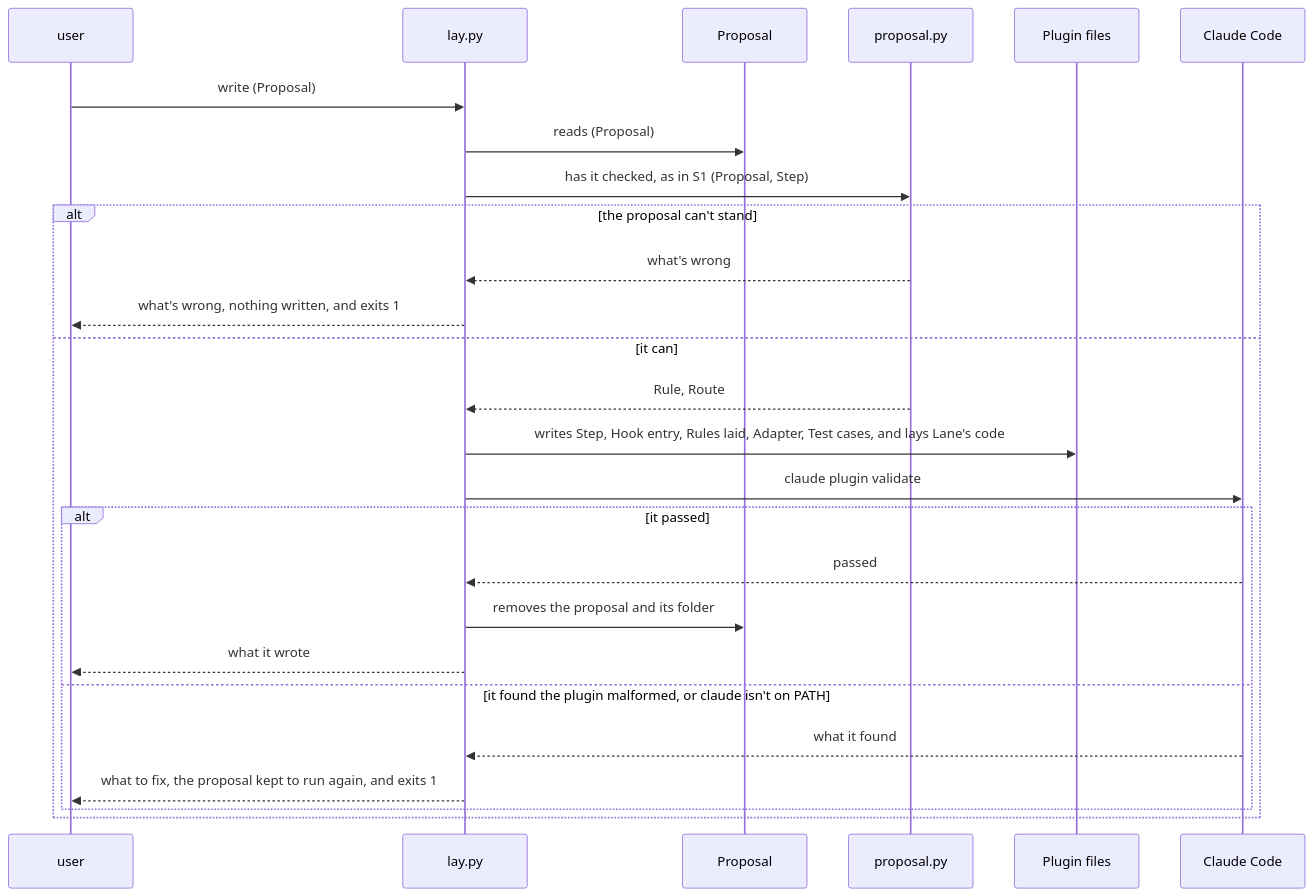
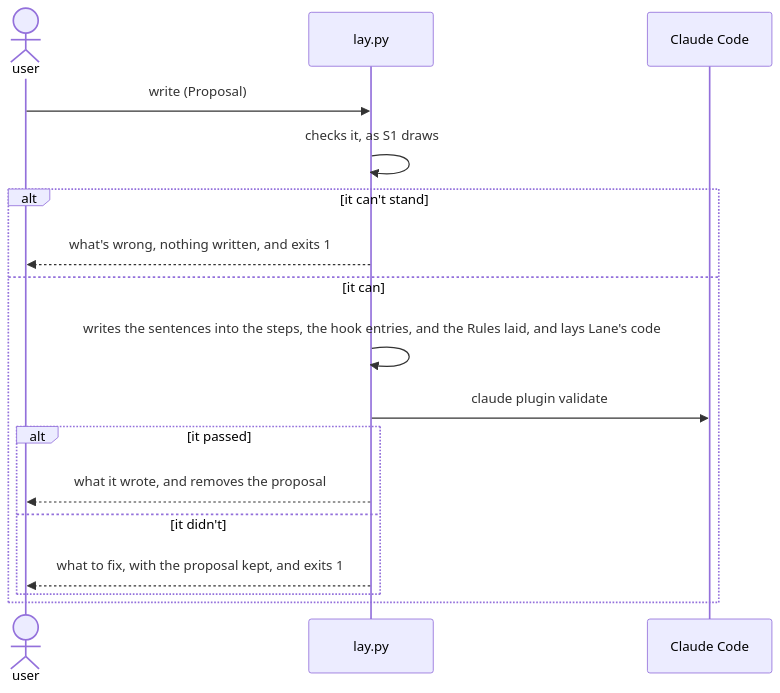
The second of 7 diagrams in dev/lane/architecture.md (lovaizu/ccpm), drawn with Mermaid before and after one commit. The commit also changed other lines of this file and 2 other files, not shown here.

````diff
--- a/dev/lane/architecture.md
+++ b/dev/lane/architecture.md
@@ -356,28 +186,19 @@
 ```mermaid
 sequenceDiagram
-  participant U as user
+  actor U as user
   participant L as lay.py
-  participant PS as Proposal
-  participant P as proposal.py
-  participant PF as Plugin files
   participant CC as Claude Code
   U->>L: write (Proposal)
-  L->>PS: reads (Proposal)
-  L->>P: has it checked, as in S1 (Proposal, Step)
-  alt the proposal can't stand
-    P-->>L: what's wrong
+  L->>L: checks it, as S1 draws
+  alt it can't stand
     L-->>U: what's wrong, nothing written, and exits 1
   else it can
-    P-->>L: Rule, Route
-    L->>PF: writes Step, Hook entry, Rules laid, Adapter, Test cases, and lays Lane's code
+    L->>L: writes the sentences into the steps, the hook entries, and the Rules laid, and lays Lane's code
     L->>CC: claude plugin validate
     alt it passed
-      CC-->>L: passed
-      L->>PS: removes the proposal and its folder
-      L-->>U: what it wrote
-    else it found the plugin malformed, or claude isn't on PATH
-      CC-->>L: what it found
-      L-->>U: what to fix, the proposal kept to run again, and exits 1
+      L-->>U: what it wrote, and removes the proposal
+    else it didn't
+      L-->>U: what to fix, with the proposal kept, and exits 1
     end
   end
 ```
````
